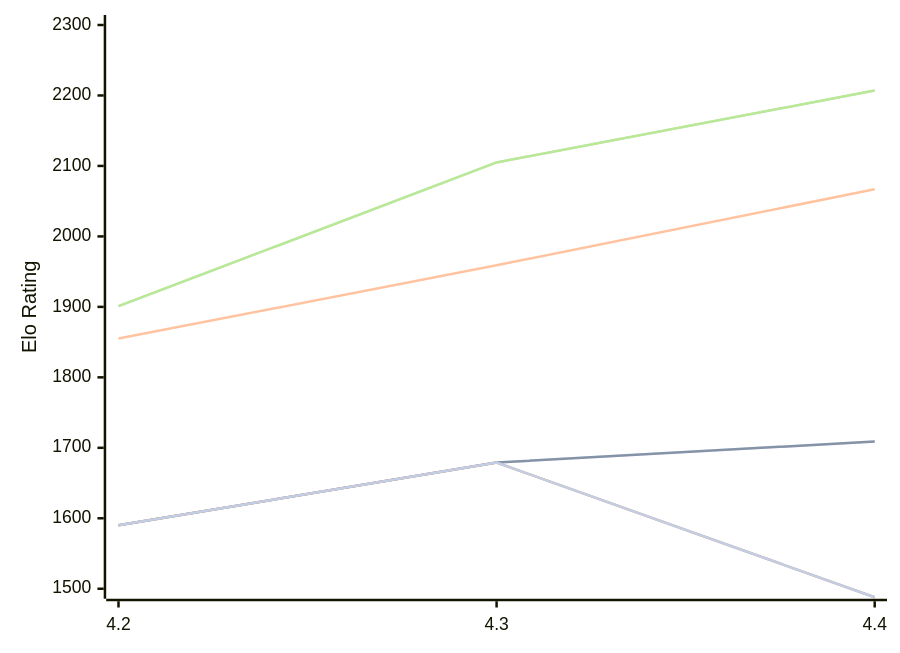
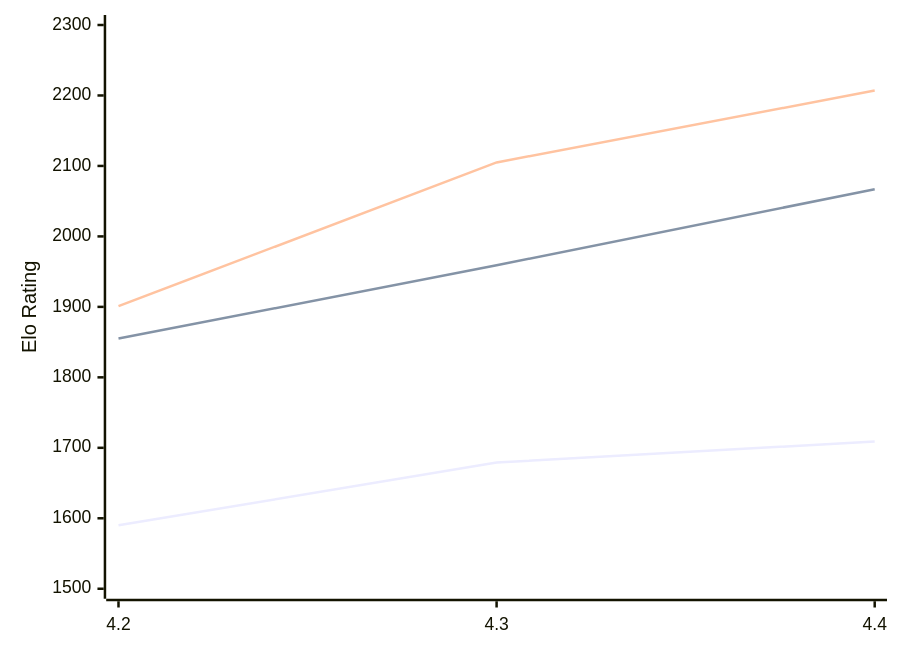
Before and after one commit to computer-chess-index/cci: the second of 2 diagrams in engines/Radiance.md, drawn with Mermaid. The commit also changed other lines of this file, not shown here.

````diff
--- a/engines/Radiance.md
+++ b/engines/Radiance.md
@@ -51,13 +68,9 @@
 ```mermaid
 %%{init: {"theme":"base","themeVariables":{"seriesColors:['#a3a3a3','#222221','#faa371']}}}%%
 xychart-beta
   x-axis ["4.2", "4.3", "4.4"]
   y-axis "Elo Rating" 1500 --> 2300
-  line "" [1590, 1679, 1709]
   line "T1: STC (8.0+0.08s)" [1590, 1679, 1709]
   line "T1: LTC (60.0+0.60s)" [1855, 1959, 2067]
-  line "" [1901, 2105, 2207]
   line "T1: VLTC (2m24s+1.12s)" [1901, 2105, 2207]
-  line "" [1590, 1679,1488, 2057]
-  line "E1: STC (8.0+0.08s)" [1590, 1679,1488, 2057]
 ```
````
